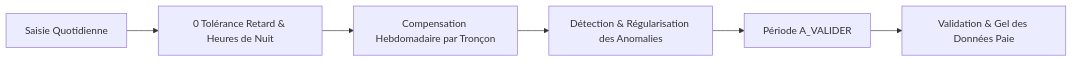
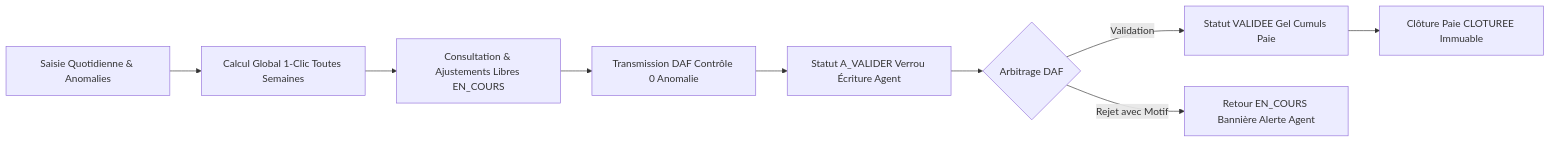
Before and after one commit to Tnyaina/GALAXAM-SIRH: the second of 2 diagrams in backend/docs/Guide-Architecture-Workflows-SIRH.md, drawn with Mermaid. The commit also changed other lines of this file and 23 other files, not shown here.

````diff
--- a/backend/docs/Guide-Architecture-Workflows-SIRH.md
+++ b/backend/docs/Guide-Architecture-Workflows-SIRH.md
@@ -72,8 +73,11 @@
 ```mermaid
 flowchart LR
-    A[Saisie Quotidienne] --> B[0 Tolérance Retard & Heures de Nuit]
-    B --> C[Compensation Hebdomadaire par Tronçon]
-    C --> D[Détection & Régularisation des Anomalies]
-    D --> E[Période A_VALIDER]
-    E --> F[Validation & Gel des Données Paie]
+    A[Saisie Quotidienne & Anomalies] --> B[Calcul Global 1-Clic Toutes Semaines]
+    B --> C[Consultation & Ajustements Libres EN_COURS]
+    C --> D[Transmission DAF Contrôle 0 Anomalie]
+    D --> E[Statut A_VALIDER Verrou Écriture Agent]
+    E --> F{Arbitrage DAF}
+    F -->|Validation| G[Statut VALIDEE Gel Cumuls Paie]
+    F -->|Rejet avec Motif| H[Retour EN_COURS Bannière Alerte Agent]
+    G --> I[Clôture Paie CLOTUREE Immuable]
 ```
````
